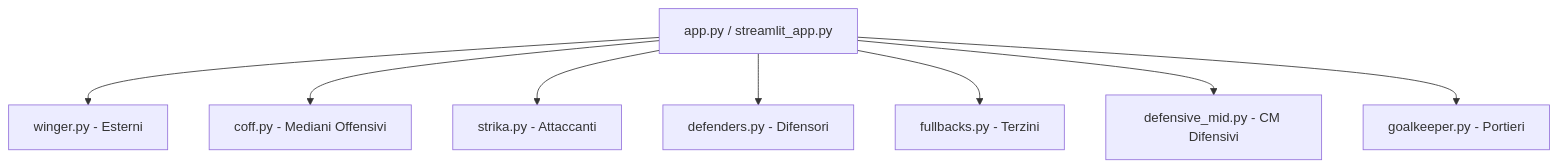
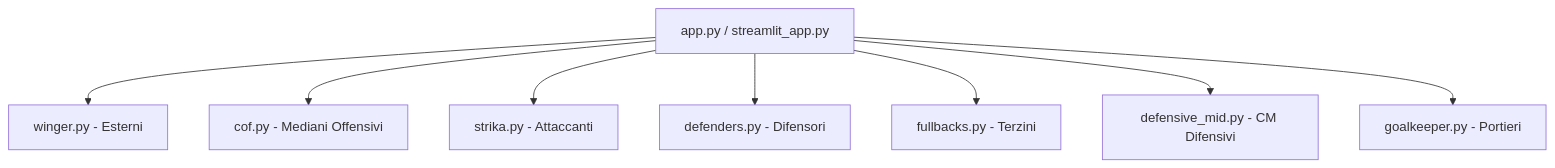
The first of 2 diagrams in ANALISI_STATISTICHE_PESI.md (juwakah-creator/fm-scout-gem), drawn with Mermaid before and after one commit. The commit also changed other lines of this file and 22 other files, not shown here.

Commit message:
Rinominato coff in cof (centrocampista offensivo)

````diff
--- a/ANALISI_STATISTICHE_PESI.md
+++ b/ANALISI_STATISTICHE_PESI.md
@@ -7,10 +7,10 @@
 ```mermaid
 graph TB
     A[app.py / streamlit_app.py] --> B[winger.py - Esterni]
-    A --> C[coff.py - Mediani Offensivi]
+    A --> C[cof.py - Mediani Offensivi]
     A --> D[strika.py - Attaccanti]
     A --> E[defenders.py - Difensori]
     A --> F[fullbacks.py - Terzini]
     A --> G[defensive_mid.py - CM Difensivi]
     A --> H[goalkeeper.py - Portieri]
 ```
````
